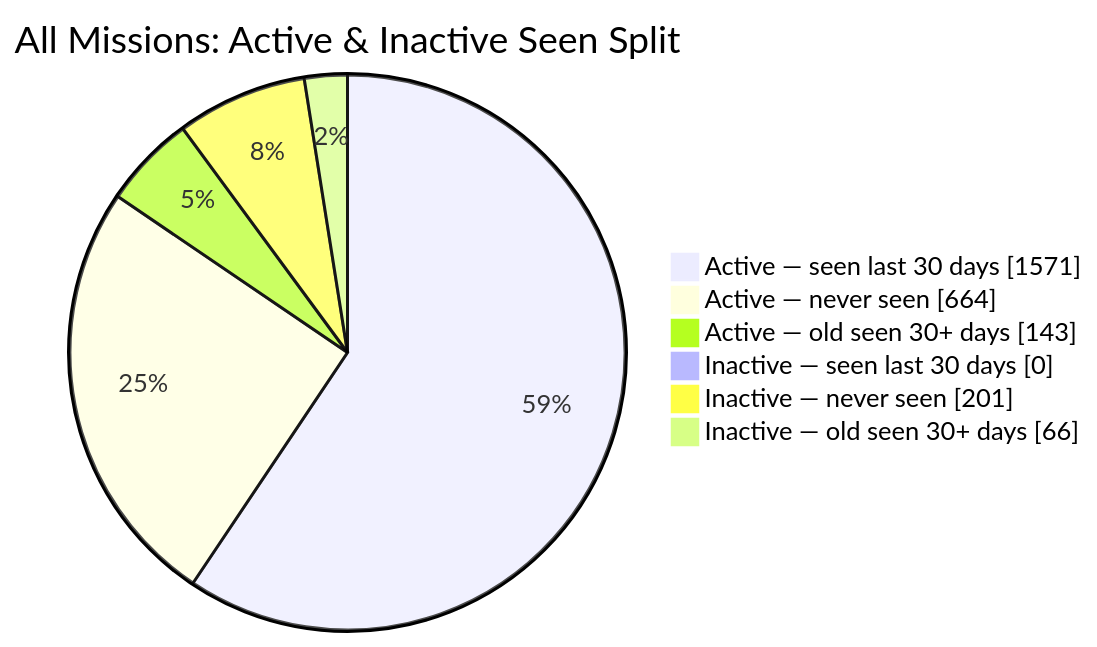
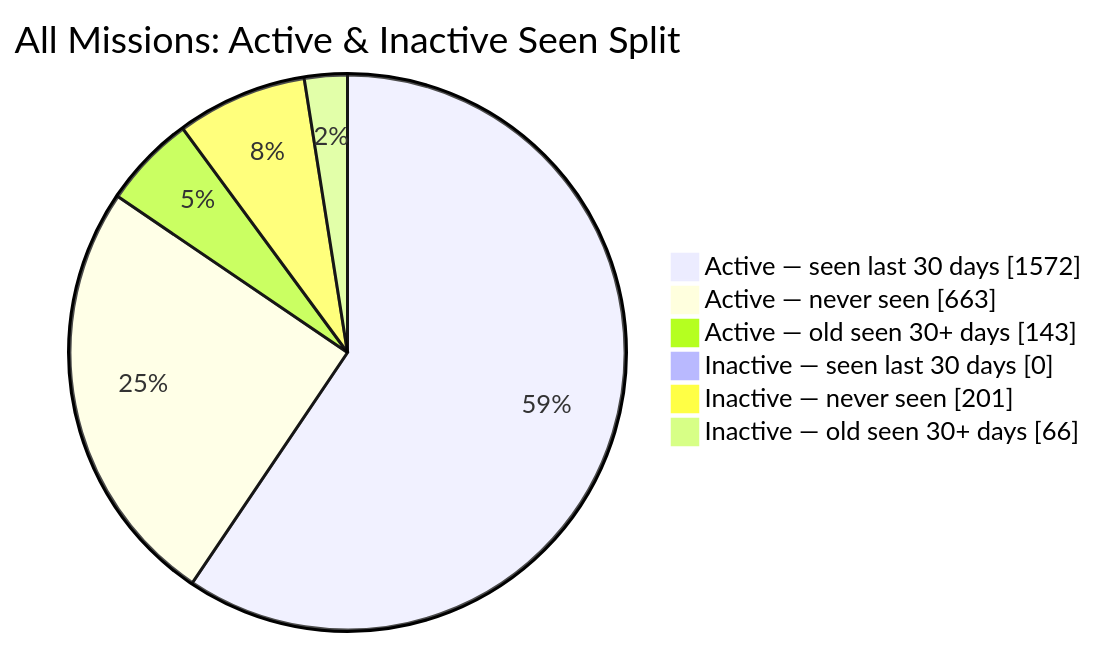
The second of 2 diagrams in README.md (MeldkamerspelGameTeam/active-missions), drawn with Mermaid before and after one commit. The commit also changed other lines of this file and 3 other files, not shown here.

````diff
--- a/README.md
+++ b/README.md
@@ -44,10 +44,10 @@
 ```mermaid
 pie showData
     title All Missions: Active & Inactive Seen Split
-    "Active — seen last 30 days" : 1571
-    "Active — never seen" : 664
+    "Active — seen last 30 days" : 1572
+    "Active — never seen" : 663
     "Active — old seen 30+ days" : 143
     "Inactive — seen last 30 days" : 0
     "Inactive — never seen" : 201
     "Inactive — old seen 30+ days" : 66
 ```
````
